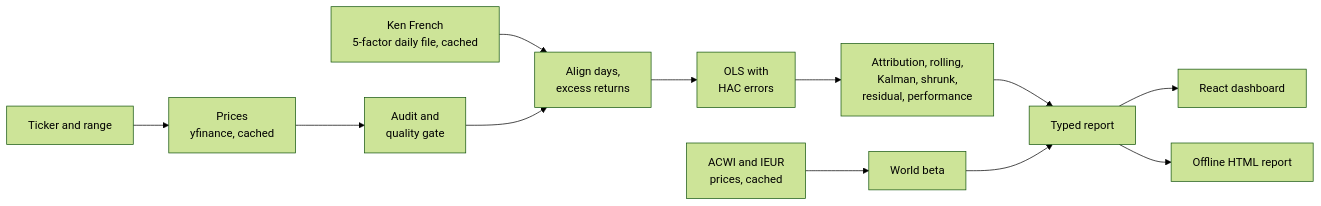
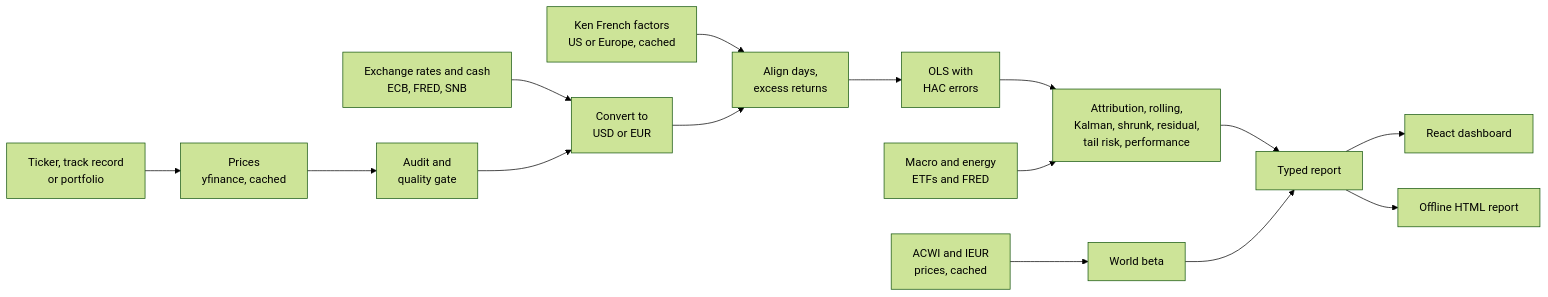
The diagram in README.md (lbsm2017/factordesk), drawn with Mermaid (forest theme) before and after one commit. The commit also changed other lines of this file and 21 other files, not shown here.

````diff
--- a/README.md
+++ b/README.md
@@ -227,14 +465,17 @@
 ```mermaid
 flowchart LR
-    T[Ticker and range] --> P[Prices<br/>yfinance, cached]
+    T[Ticker, track record<br/>or portfolio] --> P[Prices<br/>yfinance, cached]
     P --> Q[Audit and<br/>quality gate]
-    F[Ken French<br/>5-factor daily file, cached] --> A
-    Q --> A[Align days,<br/>excess returns]
+    X[Exchange rates and cash<br/>ECB, FRED, SNB] --> C[Convert to<br/>USD or EUR]
+    Q --> C
+    F[Ken French factors<br/>US or Europe, cached] --> A
+    C --> A[Align days,<br/>excess returns]
     A --> R[OLS with<br/>HAC errors]
-    R --> S[Attribution, rolling,<br/>Kalman, shrunk,<br/>residual, performance]
+    R --> S[Attribution, rolling,<br/>Kalman, shrunk, residual,<br/>tail risk, performance]
+    M[Macro and energy<br/>ETFs and FRED] --> S
     E[ACWI and IEUR<br/>prices, cached] --> W[World beta]
     S --> J[Typed report]
     W --> J
     J --> D[React dashboard]
     J --> H[Offline HTML report]
 ```
````
